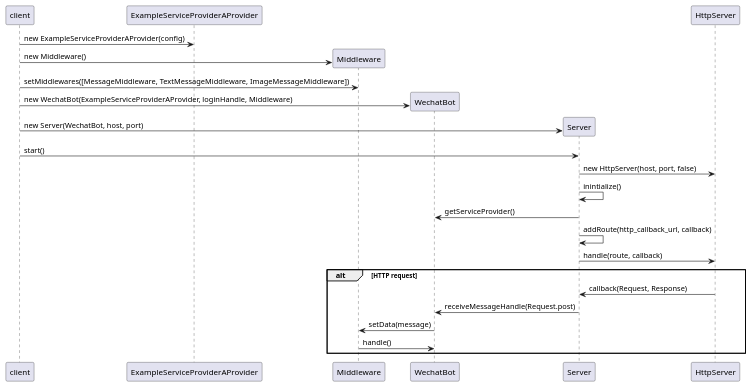
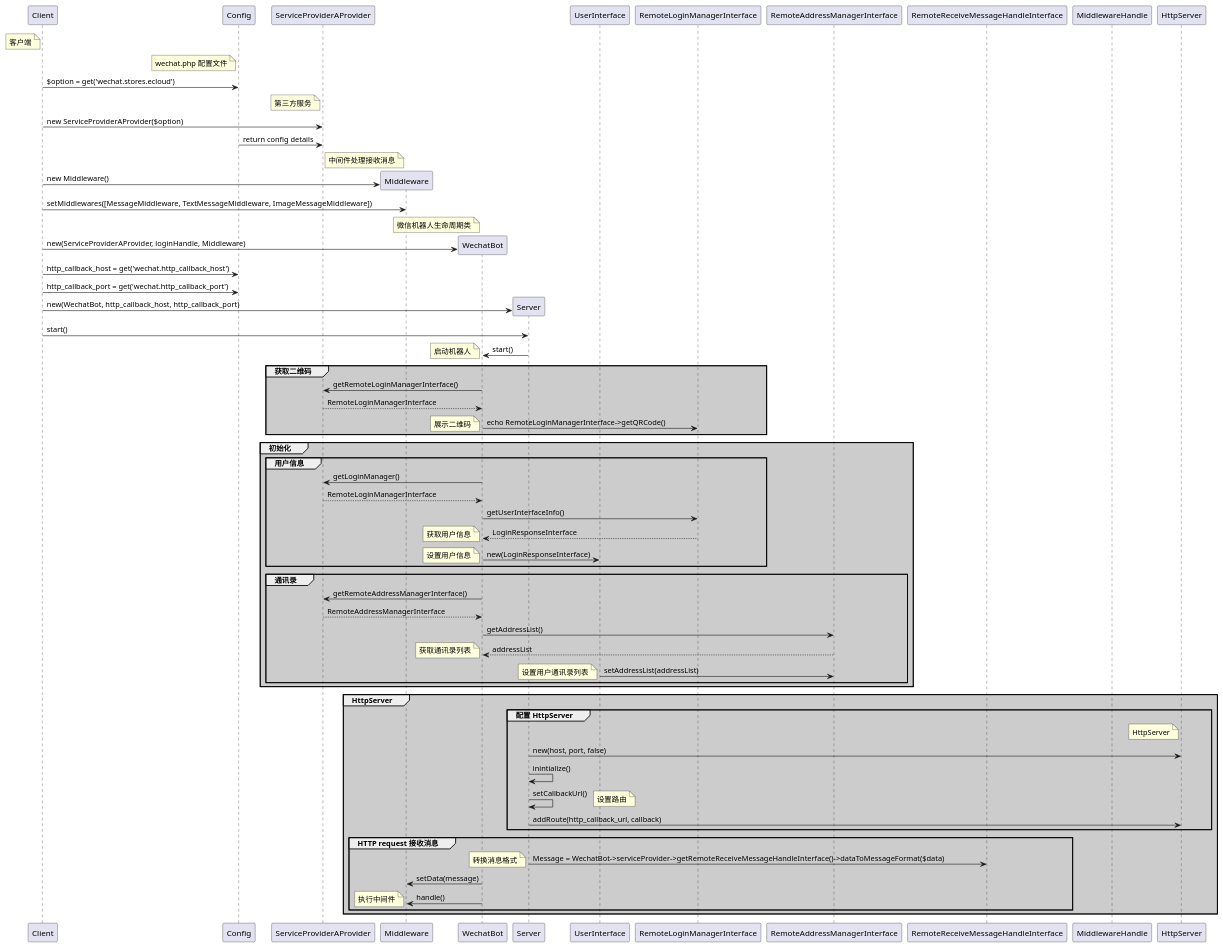
Before and after one commit to jackchang1025/WechatBot: the diagram in localhaost/wechatBotSequence.puml, drawn with PlantUML. The commit also changed 71 other files, not shown here.

```diff
--- a/localhaost/wechatBotSequence.puml
+++ b/localhaost/wechatBotSequence.puml
@@ -1,32 +1,102 @@
 @startuml
-participant "client" as Client
-participant "ExampleServiceProviderAProvider"
-participant "Middleware"
-participant "WechatBot"
-participant "Server"
-participant "HttpServer"
 
-Client -> ExampleServiceProviderAProvider: new ExampleServiceProviderAProvider(config)
+participant Client
+participant Config
+participant ServiceProviderAProvider
+participant Middleware
+participant WechatBot
+participant Server
+participant UserInterface
+participant RemoteLoginManagerInterface
+participant RemoteAddressManagerInterface
+participant RemoteReceiveMessageHandleInterface
+participant MiddlewareHandle
+participant HttpServer
+
+
+note left  Client : 客户端
+note left  Config : wechat.php 配置文件
+Client -> Config : $option = get('wechat.stores.ecloud')
+
+note left  ServiceProviderAProvider : 第三方服务
+Client -> ServiceProviderAProvider : new ServiceProviderAProvider($option)
+Config -> ServiceProviderAProvider : return config details
+
 create Middleware
+note left  Middleware : 中间件处理接收消息
 Client -> Middleware: new Middleware()
 Client -> Middleware: setMiddlewares([MessageMiddleware, TextMessageMiddleware, ImageMessageMiddleware])
+
+note left  WechatBot : 微信机器人生命周期类
 create WechatBot
-Client -> WechatBot: new WechatBot(ExampleServiceProviderAProvider, loginHandle, Middleware)
+Client -> WechatBot : new(ServiceProviderAProvider, loginHandle, Middleware)
+
+Client -> Config : http_callback_host = get('wechat.http_callback_host')
+Client -> Config : http_callback_port = get('wechat.http_callback_port')
+
 create Server
-Client -> Server: new Server(WechatBot, host, port)
+Client -> Server : new(WechatBot, http_callback_host, http_callback_port)
 Client -> Server: start()
 
-Server -> HttpServer: new HttpServer(host, port, false)
-Server -> Server: inintialize()
-Server -> WechatBot: getServiceProvider()
-Server -> Server: addRoute(http_callback_url, callback)
-Server -> HttpServer: handle(route, callback)
+Server -> WechatBot : start()
+note left : 启动机器人
 
-alt HTTP request
-    HttpServer -> Server: callback(Request, Response)
-    Server -> WechatBot: receiveMessageHandle(Request.post)
-    WechatBot -> Middleware: setData(message)
-    Middleware -> WechatBot: handle()
+group  #ccc 获取二维码
+WechatBot -> ServiceProviderAProvider : getRemoteLoginManagerInterface()
+return RemoteLoginManagerInterface
+
+WechatBot -> RemoteLoginManagerInterface : echo RemoteLoginManagerInterface->getQRCode()
+note left : 展示二维码
+end
+
+group #ccc 初始化
+    group 用户信息
+    WechatBot -> ServiceProviderAProvider : getLoginManager()
+    return RemoteLoginManagerInterface
+
+    WechatBot -> RemoteLoginManagerInterface : getUserInterfaceInfo()
+    return LoginResponseInterface
+    note left : 获取用户信息
+
+    WechatBot -> UserInterface : new(LoginResponseInterface)
+    note left : 设置用户信息
+    end
+
+    group  通讯录
+    WechatBot -> ServiceProviderAProvider : getRemoteAddressManagerInterface()
+        return RemoteAddressManagerInterface
+
+    WechatBot -> RemoteAddressManagerInterface : getAddressList()
+    return addressList
+    note left : 获取通讯录列表
+
+    UserInterface -> RemoteAddressManagerInterface : setAddressList(addressList)
+    note left : 设置用户通讯录列表
+    end
+
+end
+
+group #ccc HttpServer
+    group #ccc 配置 HttpServer
+    note left HttpServer: HttpServer
+    Server -> HttpServer : new(host, port, false)
+    Server -> Server : inintialize()
+
+    Server -> Server : setCallbackUrl()
+    note right : 设置路由
+
+    Server -> HttpServer : addRoute(http_callback_url, callback)
+    end
+    group #ccc HTTP request 接收消息
+
+    Server  -> RemoteReceiveMessageHandleInterface : Message = WechatBot->serviceProvider->getRemoteReceiveMessageHandleInterface()->dataToMessageFormat($data)
+    note left : 转换消息格式
+
+    WechatBot -> Middleware : setData(message)
+    WechatBot -> Middleware : handle()
+    note left : 执行中间件
+    end group
+
 end
 
 @enduml
```
